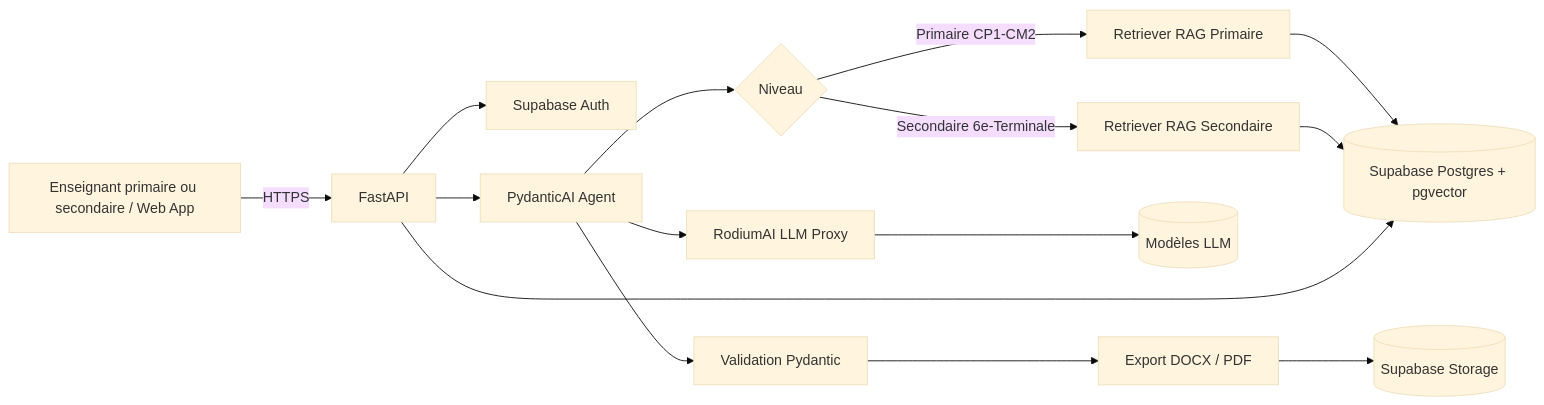
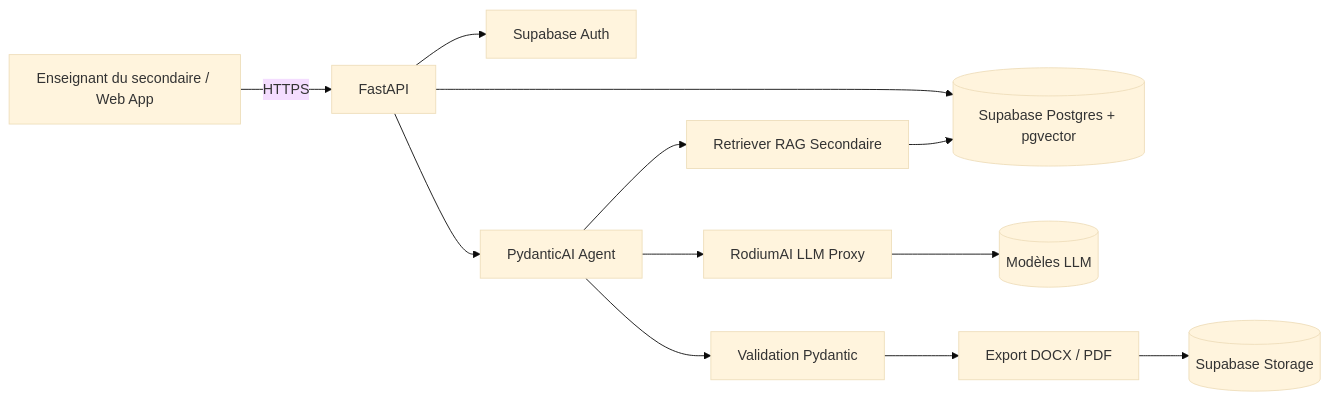
One commit to justin2119/pedago-ai changed the diagram in README.md. Above: the diagram before and after it, drawn with Mermaid (base theme). The commit also changed other lines of this file, not shown here.

Commit message:
docs(readme): refocus scope on Collège and Lycée (Enseignement Secondaire 1 et 2)

````diff
--- a/README.md
+++ b/README.md
@@ -60,17 +50,14 @@
 ```mermaid
 flowchart LR
-    U[Enseignant primaire ou secondaire / Web App] -->|HTTPS| API[FastAPI]
+    U[Enseignant du secondaire / Web App] -->|HTTPS| API[FastAPI]
     API --> AUTH[Supabase Auth]
     API --> AG[PydanticAI Agent]
-    AG --> ROUTE{Niveau}
-    ROUTE -->|Primaire CP1-CM2| RETP[Retriever RAG Primaire]
-    ROUTE -->|Secondaire 6e-Terminale| RETS[Retriever RAG Secondaire]
-    RETP --> PG[(Supabase Postgres + pgvector)]
-    RETS --> PG
+    AG --> RET[Retriever RAG Secondaire]
+    RET --> PG[(Supabase Postgres + pgvector)]
     AG --> PROXY[RodiumAI LLM Proxy]
     PROXY --> LLM[(Modèles LLM)]
     AG --> VAL[Validation Pydantic]
     VAL --> EXP[Export DOCX / PDF]
     EXP --> STO[(Supabase Storage)]
     API --> PG
 ```
````
